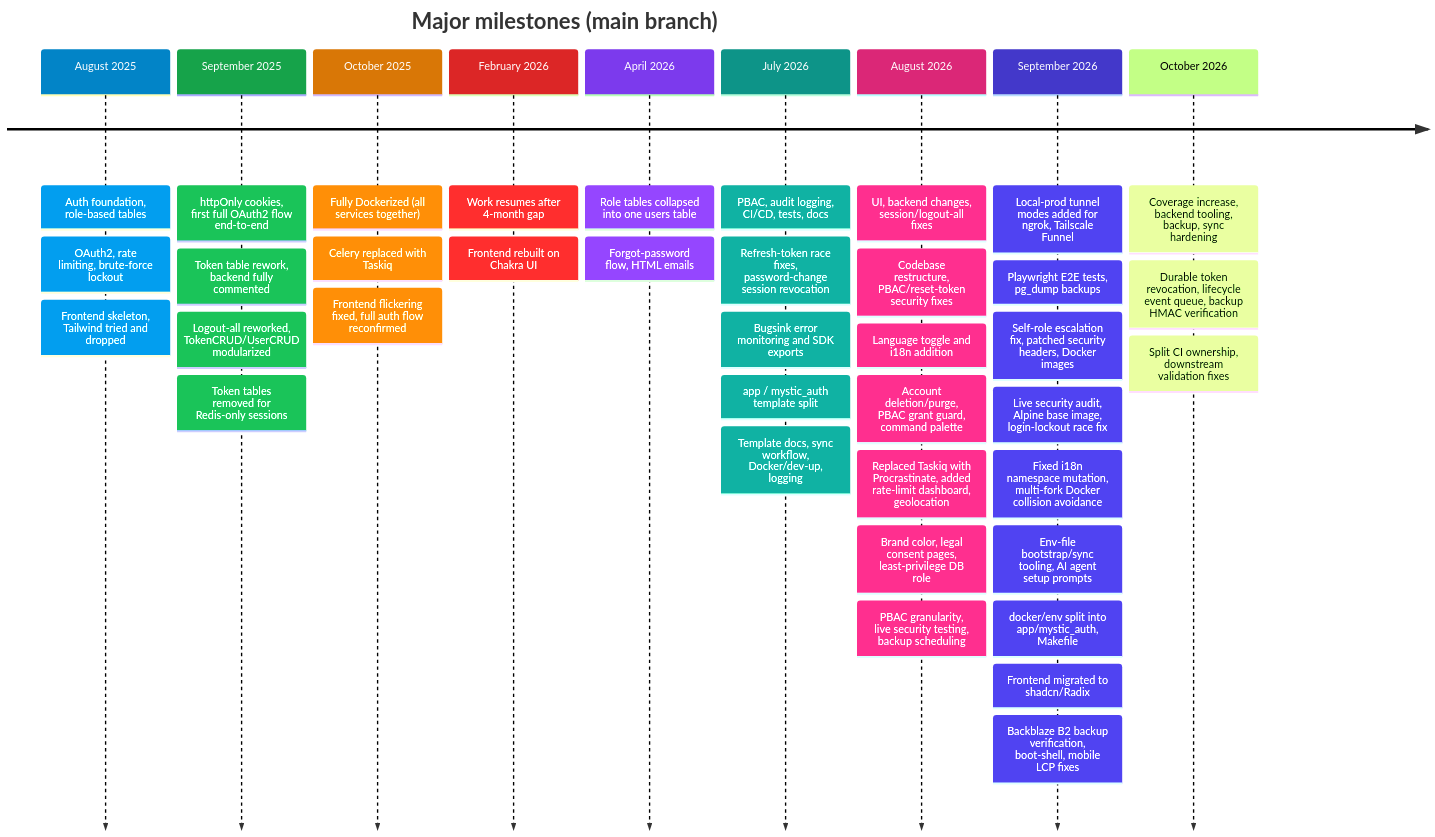
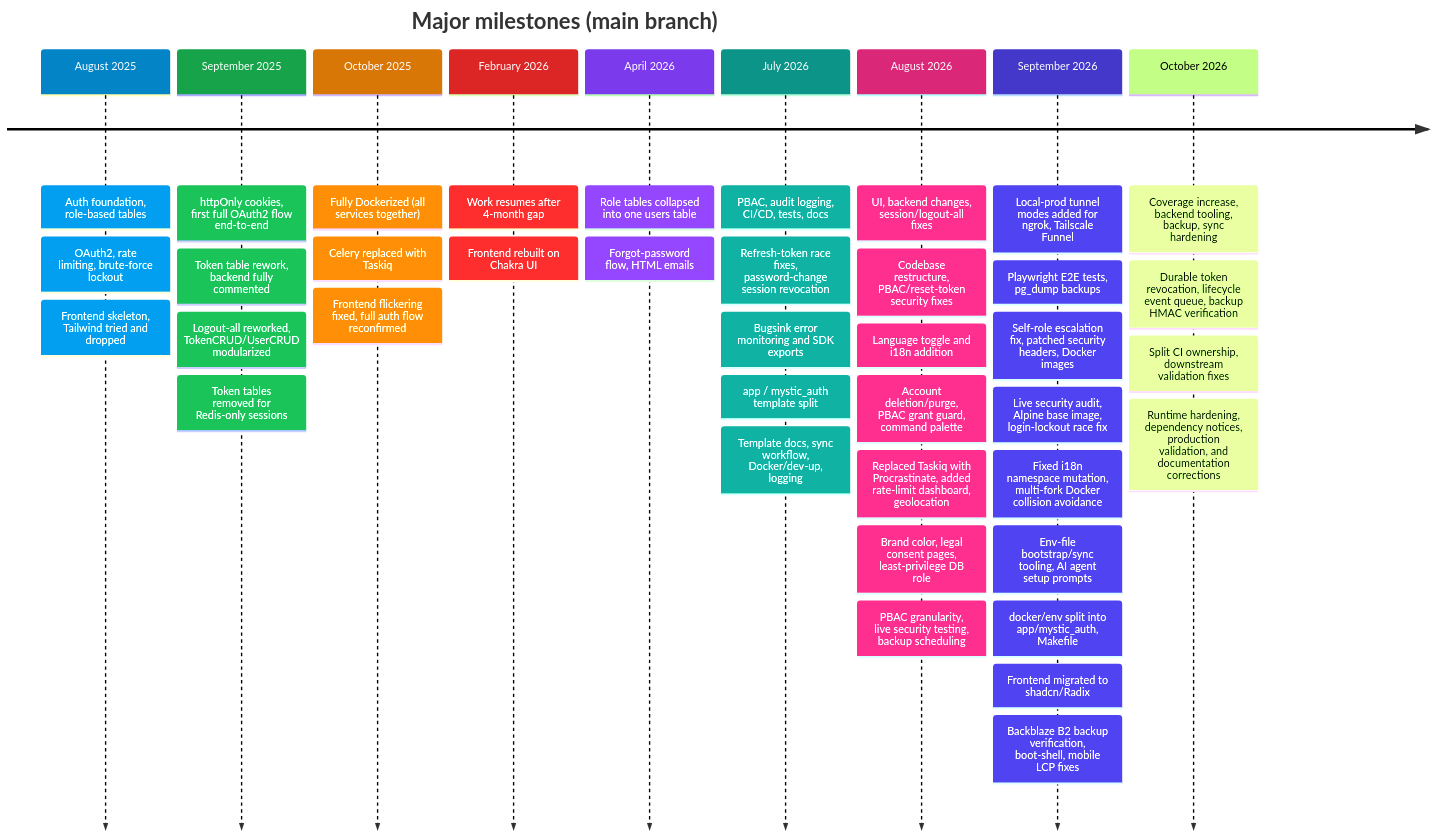
One commit to Nachiket-2024/mystic-auth changed the diagram in docs/mystic_auth/project-story/timeline/README.md. Above: the diagram before and after it, drawn with Mermaid. The commit also changed other lines of this file and 376 other files, not shown here.

Commit message:
Tracked refresh-token reuse and shipped dependency notices in images

````diff
--- a/docs/mystic_auth/project-story/timeline/README.md
+++ b/docs/mystic_auth/project-story/timeline/README.md
@@ -34,43 +39,44 @@
 ```mermaid
 %%{init: {"themeVariables":{"fontSize":"16px","lineColor":"#334155","cScale0":"#0284c7","cScale1":"#16a34a","cScale2":"#d97706","cScale3":"#dc2626","cScale4":"#7c3aed","cScale5":"#0d9488","cScale6":"#db2777","cScale7":"#4338ca","cScaleLabel0":"#ffffff","cScaleLabel1":"#ffffff","cScaleLabel2":"#ffffff","cScaleLabel3":"#ffffff","cScaleLabel4":"#ffffff","cScaleLabel5":"#ffffff","cScaleLabel6":"#ffffff","cScaleLabel7":"#ffffff"}} }%%
 timeline
     title Major milestones (main branch)
     August 2025: Auth foundation, role-based tables
                 : OAuth2, rate limiting, brute-force lockout
                 : Frontend skeleton, Tailwind tried and dropped
     September 2025: httpOnly cookies, first full OAuth2 flow end-to-end
                    : Token table rework, backend fully commented
                    : Logout-all reworked, TokenCRUD/UserCRUD modularized
                    : Token tables removed for Redis-only sessions
     October 2025: Fully Dockerized (all services together)
                  : Celery replaced with Taskiq
                  : Frontend flickering fixed, full auth flow reconfirmed
     February 2026: Work resumes after 4-month gap
                   : Frontend rebuilt on Chakra UI
     April 2026: Role tables collapsed into one users table
                : Forgot-password flow, HTML emails
     July 2026: PBAC, audit logging, CI/CD, tests, docs
               : Refresh-token race fixes, password-change session revocation
               : Bugsink error monitoring and SDK exports
               : app / mystic_auth template split
               : Template docs, sync workflow, Docker/dev-up, logging
     August 2026: UI, backend changes, session/logout-all fixes
                 : Codebase restructure, PBAC/reset-token security fixes
                 : Language toggle and i18n addition
                 : Account deletion/purge, PBAC grant guard, command palette
                 : Replaced Taskiq with Procrastinate, added rate-limit dashboard, geolocation
                 : Brand color, legal consent pages, least-privilege DB role
                 : PBAC granularity, live security testing, backup scheduling
     September 2026: Local-prod tunnel modes added for ngrok, Tailscale Funnel
                    : Playwright E2E tests, pg_dump backups
                    : Self-role escalation fix, patched security headers, Docker images
                    : Live security audit, Alpine base image, login-lockout race fix
                    : Fixed i18n namespace mutation, multi-fork Docker collision avoidance
                    : Env-file bootstrap/sync tooling, AI agent setup prompts
                    : docker/env split into app/mystic_auth, Makefile
                    : Frontend migrated to shadcn/Radix
                    : Backblaze B2 backup verification, boot-shell, mobile LCP fixes
     October 2026: Coverage increase, backend tooling, backup, sync hardening
                   : Durable token revocation, lifecycle event queue, backup HMAC verification
                   : Split CI ownership, downstream validation fixes
+                  : Runtime hardening, dependency notices, production validation, and documentation corrections
 ```
````
